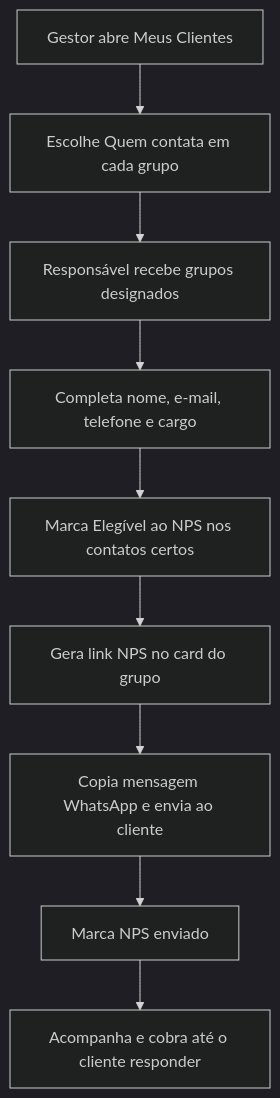
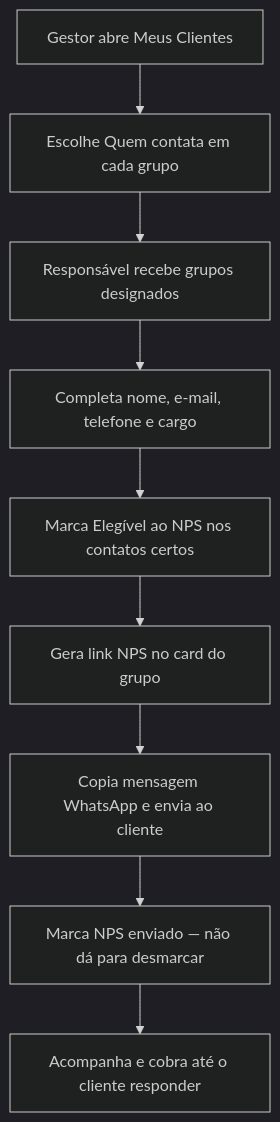
One commit to LeoMarquesSilva/marketing-system changed the diagram in docs/meus-clientes-nps-manual.md. Above: the diagram before and after it, drawn with Mermaid (dark theme). The commit also changed other lines of this file and 3 other files, not shown here.

First line of the commit message:
docs(meus-clientes): deixar NPS enviado obrigatório e irreversível no guia

````diff
--- a/docs/meus-clientes-nps-manual.md
+++ b/docs/meus-clientes-nps-manual.md
@@ -18,11 +18,11 @@
 ```mermaid
 flowchart TD
   A[Gestor abre Meus Clientes] --> B[Escolhe Quem contata em cada grupo]
   B --> C[Responsável recebe grupos designados]
   C --> D[Completa nome, e-mail, telefone e cargo]
   D --> E[Marca Elegível ao NPS nos contatos certos]
   E --> F[Gera link NPS no card do grupo]
   F --> G[Copia mensagem WhatsApp e envia ao cliente]
-  G --> H[Marca NPS enviado]
+  G --> H[Marca NPS enviado — não dá para desmarcar]
   H --> I[Acompanha e cobra até o cliente responder]
 ```
````
